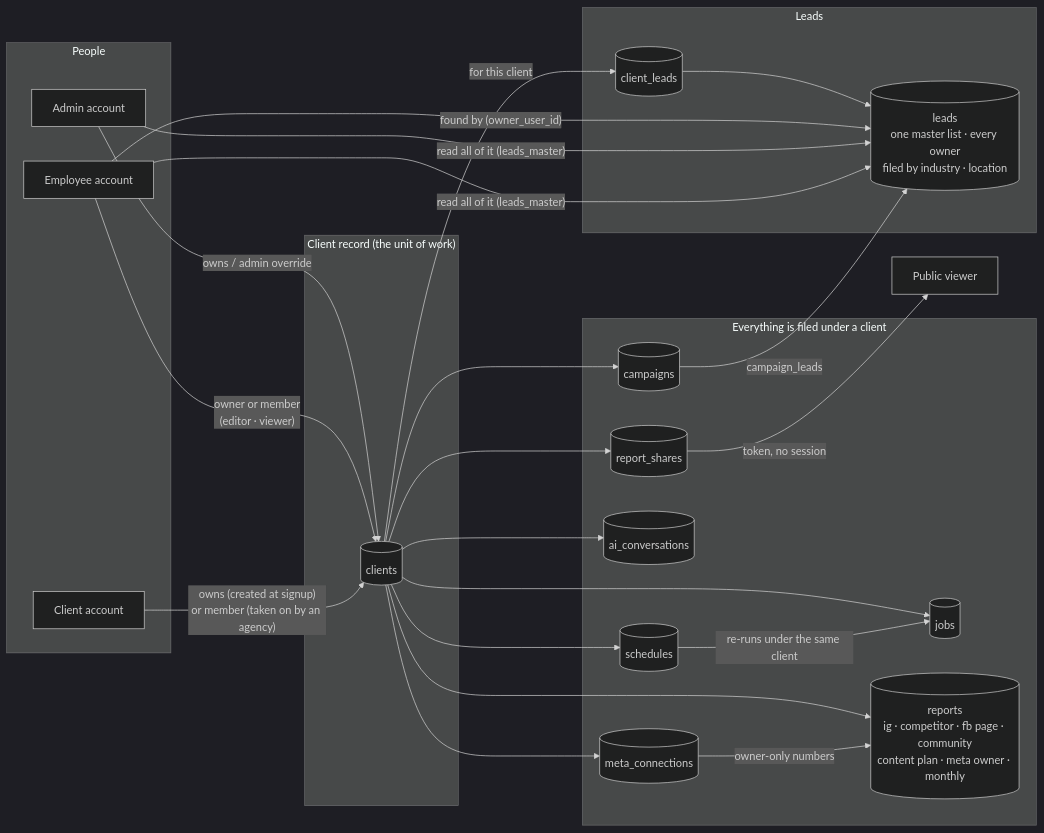
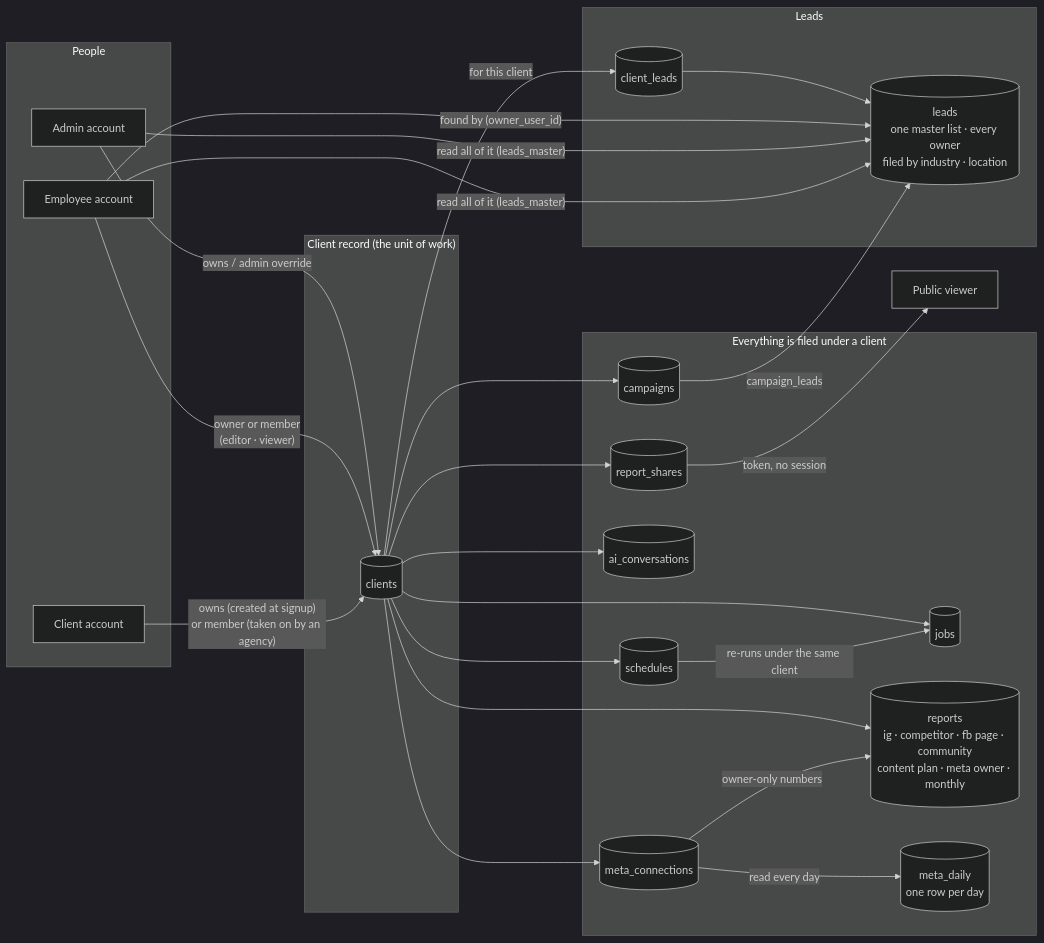
One commit to yousuftalukder/leadgen-backend changed the diagram in docs/USE-CASES.md. Above: the diagram before and after it, drawn with Mermaid (dark theme). The commit also changed other lines of this file and 21 other files, not shown here.

First line of the commit message:
Phase 30: the owner assistant is the analyst; the numbers every day; on the home screen

````diff
--- a/docs/USE-CASES.md
+++ b/docs/USE-CASES.md
@@ -37,41 +37,43 @@
 ```mermaid
 flowchart LR
     subgraph People
         ADM[Admin account]
         EMP[Employee account]
         CLI[Client account]
     end
 
     subgraph Business["Client record (the unit of work)"]
         C[(clients)]
     end
 
     ADM -- "owns / admin override" --> C
     EMP -- "owner or member<br/>(editor · viewer)" --> C
     CLI -- "owns (created at signup)<br/>or member (taken on by an agency)" --> C
 
     subgraph Work["Everything is filed under a client"]
         J[(jobs)]
         R[(reports<br/>ig · competitor · fb page · community<br/>content plan · meta owner · monthly)]
         CP[(campaigns)]
         MC[(meta_connections)]
+        MD[(meta_daily<br/>one row per day)]
         TH[(ai_conversations)]
         SC[(schedules)]
         SH[(report_shares)]
     end
 
     C --> J & R & CP & MC & TH & SC & SH
 
     subgraph Leads
         L[(leads<br/>one master list · every owner<br/>filed by industry · location)]
         CL[(client_leads)]
     end
     CP -- campaign_leads --> L
     C -- "for this client" --> CL --> L
     EMP -- "found by (owner_user_id)" --> L
     ADM & EMP -- "read all of it (leads_master)" --> L
 
     SH -- "token, no session" --> PUB[Public viewer]
     SC -- "re-runs under the same client" --> J
     MC -- "owner-only numbers" --> R
+    MC -- "read every day" --> MD
 ```
````
